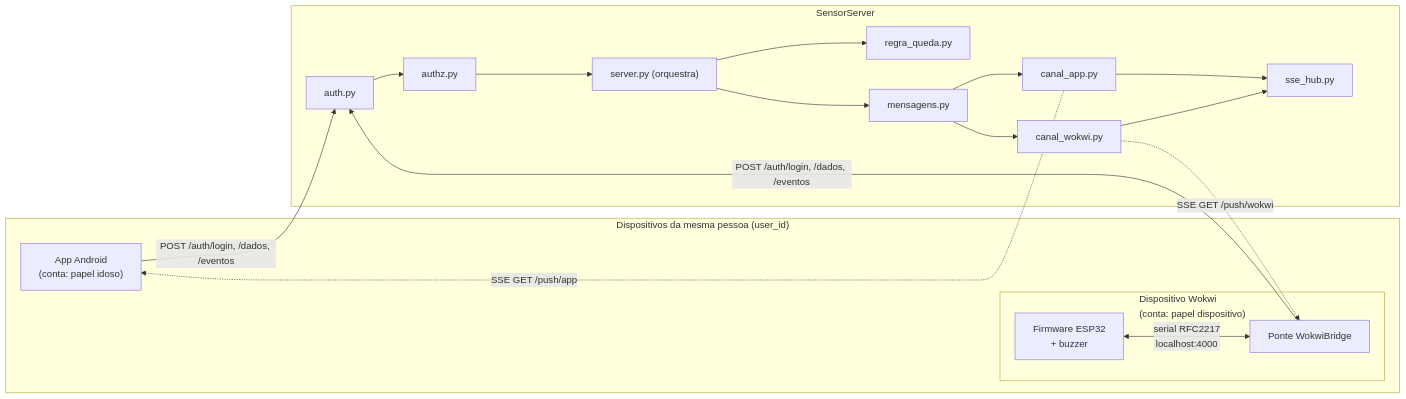
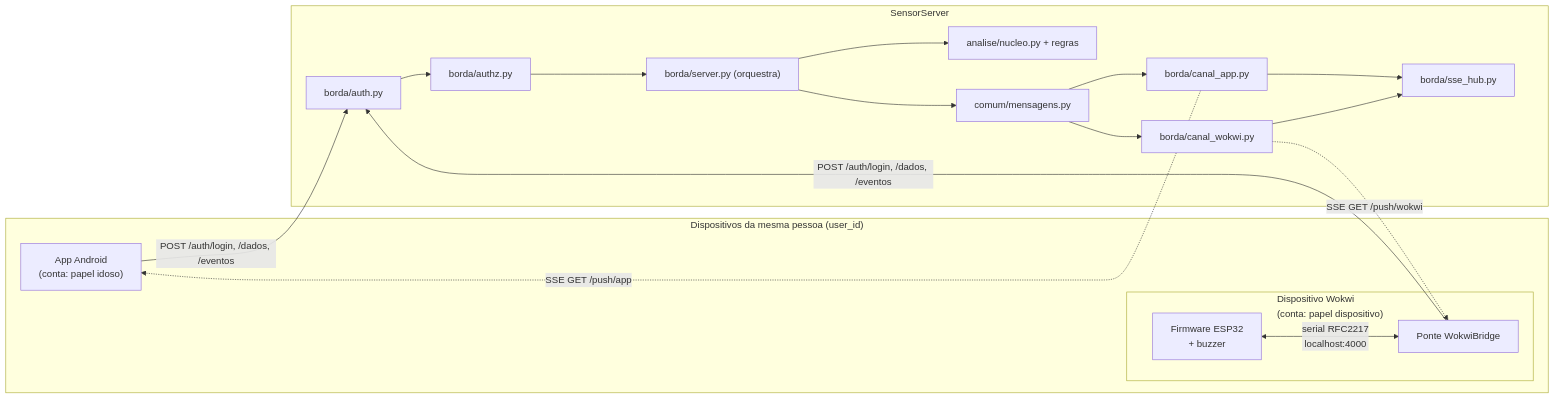
The first of 5 diagrams in docs/arquitetura.md (UFG-INF-SSU-2026/Flow), drawn with Mermaid before and after one commit. The commit also changed other lines of this file and 64 other files, not shown here.

````diff
--- a/docs/arquitetura.md
+++ b/docs/arquitetura.md
@@ -87,34 +94,34 @@
 ```mermaid
 flowchart LR
     subgraph Disp["Dispositivos da mesma pessoa (user_id)"]
         APP["App Android<br/>(conta: papel idoso)"]
         subgraph WK["Dispositivo Wokwi<br/>(conta: papel dispositivo)"]
             ESP["Firmware ESP32<br/>+ buzzer"]
             BR["Ponte WokwiBridge"]
             ESP <-->|"serial RFC2217<br/>localhost:4000"| BR
         end
     end
 
     subgraph SRV["SensorServer"]
-        AUTH["auth.py"]
-        AUTHZ["authz.py"]
-        SRVP["server.py (orquestra)"]
-        RQ["regra_queda.py"]
-        MSG["mensagens.py"]
-        CA["canal_app.py"]
-        CW["canal_wokwi.py"]
-        HUB["sse_hub.py"]
+        AUTH["borda/auth.py"]
+        AUTHZ["borda/authz.py"]
+        SRVP["borda/server.py (orquestra)"]
+        RQ["analise/nucleo.py + regras"]
+        MSG["comum/mensagens.py"]
+        CA["borda/canal_app.py"]
+        CW["borda/canal_wokwi.py"]
+        HUB["borda/sse_hub.py"]
         CA --> HUB
         CW --> HUB
     end
 
     APP -->|"POST /auth/login, /dados, /eventos"| AUTH
     BR  -->|"POST /auth/login, /dados, /eventos"| AUTH
     AUTH --> AUTHZ --> SRVP
     SRVP --> RQ
     SRVP --> MSG
     MSG --> CA
     MSG --> CW
     CA -.->|"SSE GET /push/app"| APP
     CW -.->|"SSE GET /push/wokwi"| BR
 ```
````
